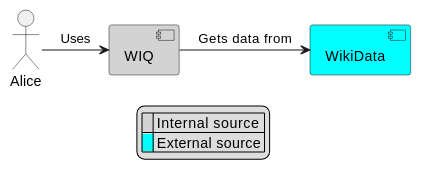
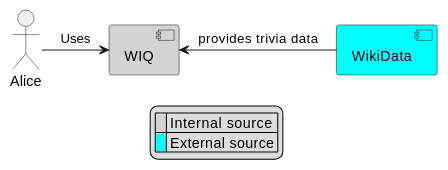
The first of 2 diagrams in docs/src/03_system_scope_and_context.adoc (Arquisoft/wiq_es1c), drawn with PlantUML before and after one commit. The commit also changed other lines of this file, not shown here.

```diff
--- a/docs/src/03_system_scope_and_context.adoc
+++ b/docs/src/03_system_scope_and_context.adoc
@@ -8,14 +8,14 @@
 [plantuml,"businesscontext",png]
 ----
 actor a as "Alice"
 Component w as "WIQ" #LightGray
 Component q as "WikiData" #Cyan
 
 a -> w: Uses
-w -> q: Gets data from
+q -left-> w: provides trivia data
 
 legend
  |<back:#LightGray>   </back>| Internal source |
  |<back:#Cyan>   </back>| External source |
- endlegend
+endlegend
 ----
```
